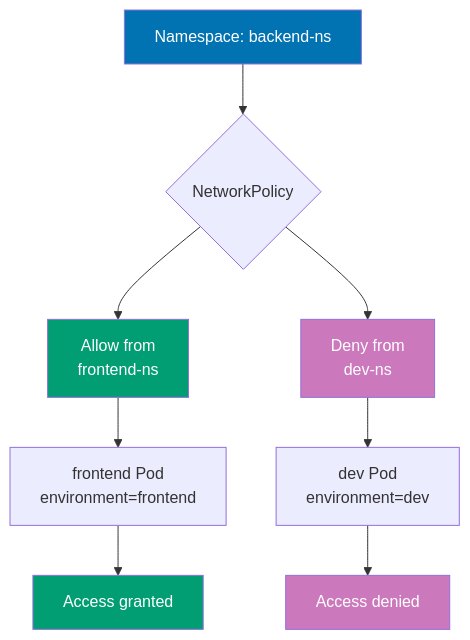
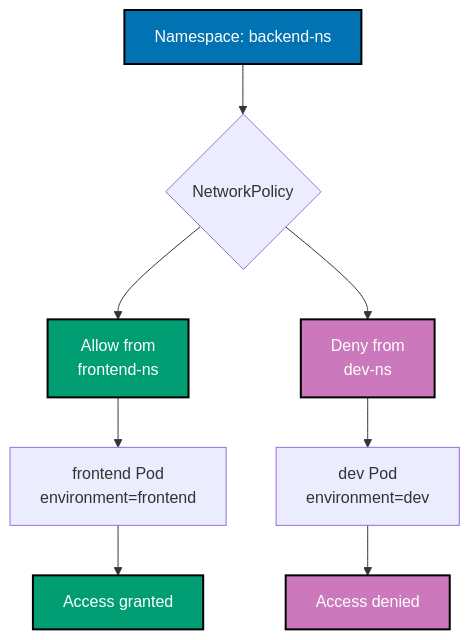
The fourth of 14 diagrams in apps/ayokoding-web/content/en/learn/software-engineering/infrastructure/tools/kubernetes/by-example/advanced.md (wahidyankf/open-sharia-enterprise), drawn with Mermaid before and after one commit. The commit also changed other lines of this file and 25 other files, not shown here.

````diff
--- a/apps/ayokoding-web/content/en/learn/software-engineering/infrastructure/tools/kubernetes/by-example/advanced.md
+++ b/apps/ayokoding-web/content/en/learn/software-engineering/infrastructure/tools/kubernetes/by-example/advanced.md
@@ -1290,17 +1293,18 @@
 ```mermaid
+%% Color Palette: Blue #0173B2, Orange #DE8F05, Teal #029E73, Purple #CC78BC, Brown #CA9161
 %% Namespace isolation
 graph TD
  A[Namespace: backend-ns] --> B{NetworkPolicy}
  B --> C[Allow from<br/>frontend-ns]
  B --> D[Deny from<br/>dev-ns]
  C --> E[frontend Pod<br/>environment=frontend]
  D --> F[dev Pod<br/>environment=dev]
  E --> G[Access granted]
  F --> H[Access denied]
 
- style A fill:#0173B2,color:#fff
- style C fill:#029E73,color:#fff
- style D fill:#CC78BC,color:#fff
- style G fill:#029E73,color:#fff
- style H fill:#CC78BC,color:#fff
+ style A fill:#0173B2,stroke:#000000,stroke-width:2px,color:#fff
+ style C fill:#029E73,stroke:#000000,stroke-width:2px,color:#fff
+ style D fill:#CC78BC,stroke:#000000,stroke-width:2px,color:#fff
+ style G fill:#029E73,stroke:#000000,stroke-width:2px,color:#fff
+ style H fill:#CC78BC,stroke:#000000,stroke-width:2px,color:#fff
 ```
````
